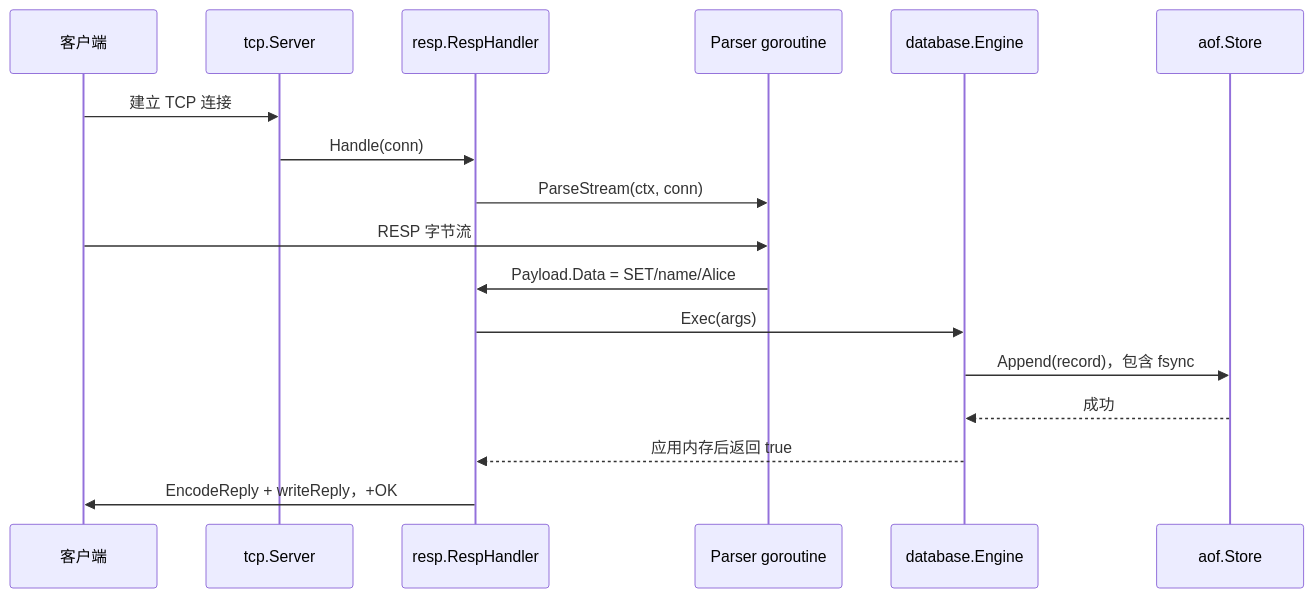
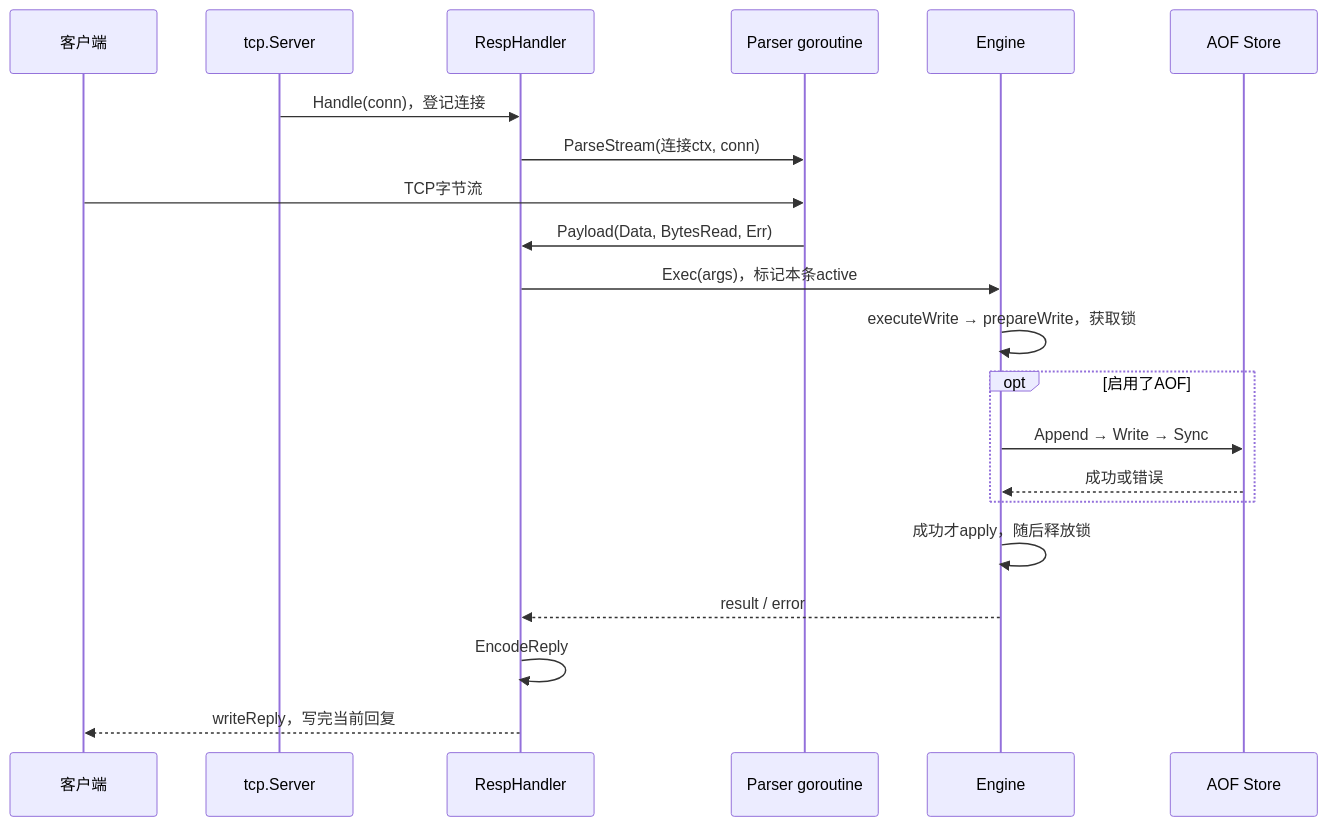
One commit to Li-Nepenthe/mini-redis changed the diagram in docs/learning-guide.md. Above: the diagram before and after it, drawn with Mermaid. The commit also changed other lines of this file and 14 other files, not shown here.

````diff
--- a/docs/learning-guide.md
+++ b/docs/learning-guide.md
@@ -68,19 +109,23 @@
 ```mermaid
 sequenceDiagram
     participant C as 客户端
-    participant S as tcp.Server
-    participant H as resp.RespHandler
+    participant T as tcp.Server
+    participant H as RespHandler
     participant P as Parser goroutine
-    participant E as database.Engine
-    participant A as aof.Store
-    C->>S: 建立 TCP 连接
-    S->>H: Handle(conn)
-    H->>P: ParseStream(ctx, conn)
-    C->>P: RESP 字节流
-    P->>H: Payload.Data = SET/name/Alice
-    H->>E: Exec(args)
-    E->>A: Append(record)，包含 fsync
-    A-->>E: 成功
-    E-->>H: 应用内存后返回 true
-    H->>C: EncodeReply + writeReply，+OK
+    participant E as Engine
+    participant A as AOF Store
+    T->>H: Handle(conn)，登记连接
+    H->>P: ParseStream(连接ctx, conn)
+    C->>P: TCP字节流
+    P->>H: Payload(Data, BytesRead, Err)
+    H->>E: Exec(args)，标记本条active
+    E->>E: executeWrite → prepareWrite，获取锁
+    opt 启用了AOF
+        E->>A: Append → Write → Sync
+        A-->>E: 成功或错误
+    end
+    E->>E: 成功才apply，随后释放锁
+    E-->>H: result / error
+    H->>H: EncodeReply
+    H-->>C: writeReply，写完当前回复
 ```
````
